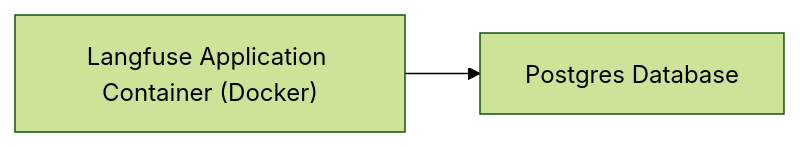
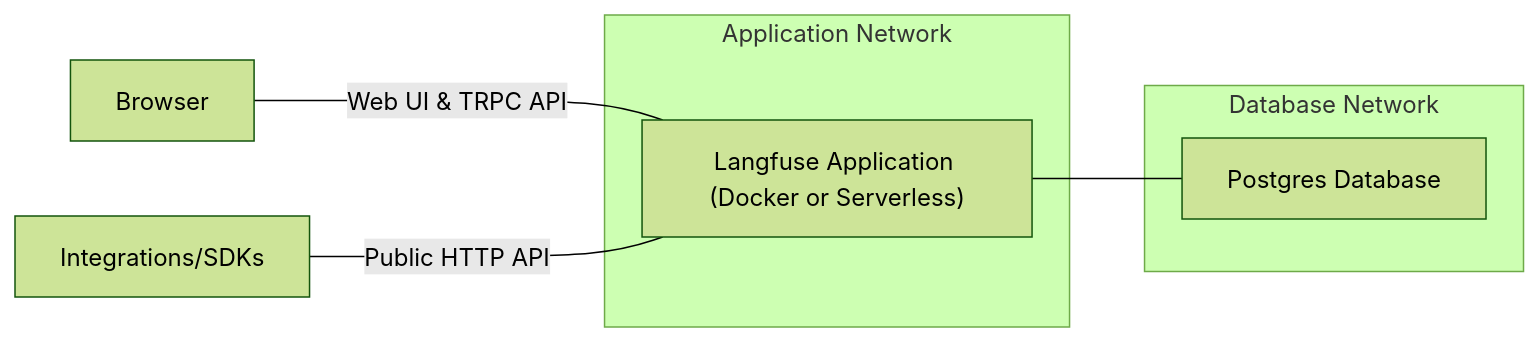
One commit to MohsinCreed/LangfuseOllama changed the second of 2 diagrams in CONTRIBUTING.md. Above: the diagram before and after it, drawn with Mermaid (forest theme). The commit also changed other lines of this file, not shown here.

````diff
--- a/CONTRIBUTING.md
+++ b/CONTRIBUTING.md
@@ -84,4 +84,12 @@
 ```mermaid
 flowchart LR
-   App["Langfuse Application Container (Docker)"] --> DB["Postgres Database"]
+   Browser ---|Web UI & TRPC API| App
+   Integrations/SDKs ---|Public HTTP API| App
+   subgraph i1["Application Network"]
+      App["Langfuse Application (Docker or Serverless)"]
+   end
+   subgraph i2["Database Network"]
+      DB["Postgres Database"]
+   end
+   App --- DB
 ```
````
